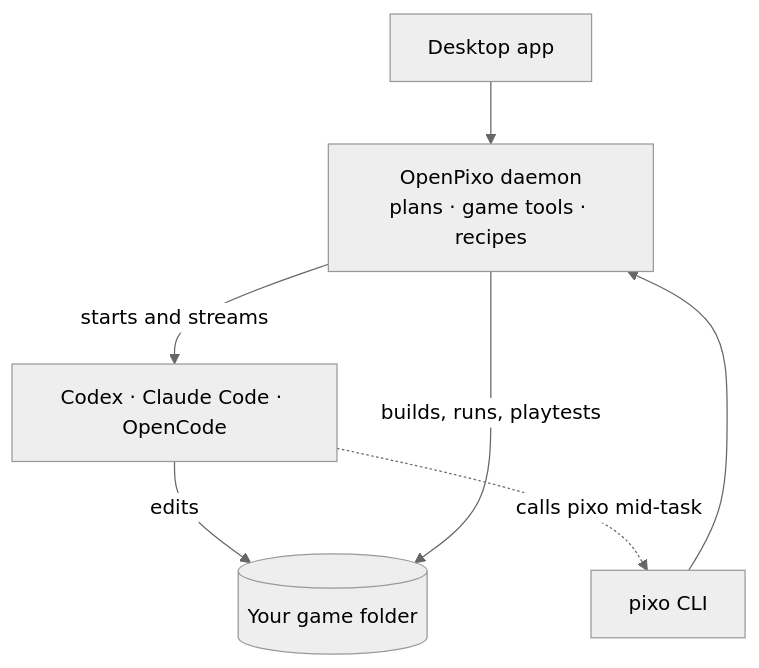
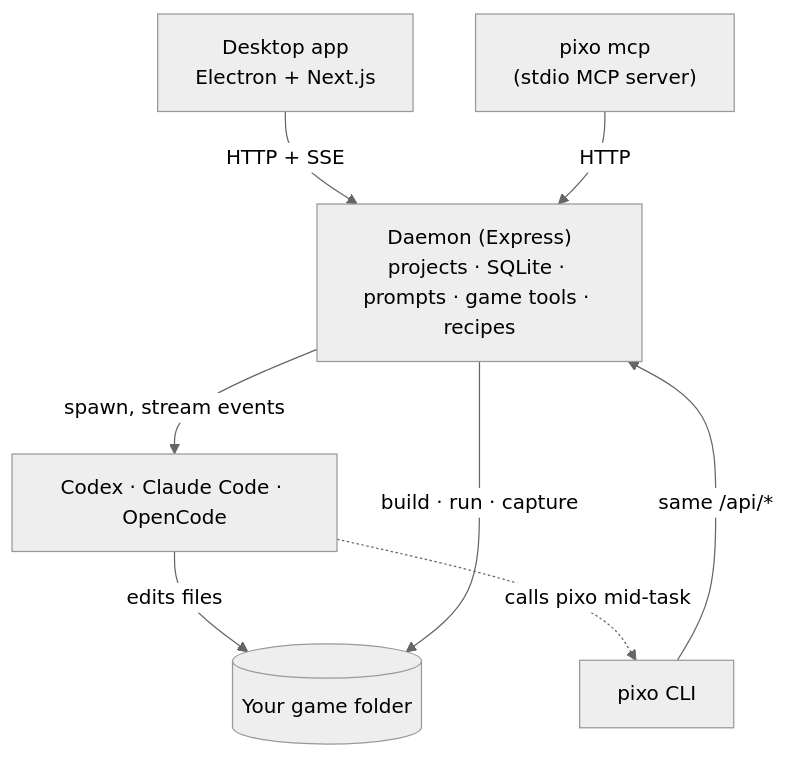
One commit to OpenPixo/OpenPixo changed the diagram in README.md. Above: the diagram before and after it, drawn with Mermaid (neutral theme). The commit also changed other lines of this file and 4 other files, not shown here.

````diff
--- a/README.md
+++ b/README.md
@@ -79,9 +120,10 @@
 ```mermaid
 flowchart TB
-  UI["Desktop app"] --> D
-  CLI["pixo CLI"] --> D
-  D["OpenPixo daemon<br/>plans · game tools · recipes"] -- "starts and streams" --> A["Codex · Claude Code · OpenCode"]
-  A -- "edits" --> P[("Your game folder")]
+  UI["Desktop app<br/>Electron + Next.js"] -- "HTTP + SSE" --> D
+  CLI["pixo CLI"] -- "same /api/*" --> D
+  MCP["pixo mcp<br/>(stdio MCP server)"] -- HTTP --> D
+  D["Daemon (Express)<br/>projects · SQLite · prompts · game tools · recipes"] -- "spawn, stream events" --> A["Codex · Claude Code · OpenCode"]
+  A -- "edits files" --> P[("Your game folder")]
   A -. "calls pixo mid-task" .-> CLI
-  D -- "builds, runs, playtests" --> P
+  D -- "build · run · capture" --> P
 ```
````
